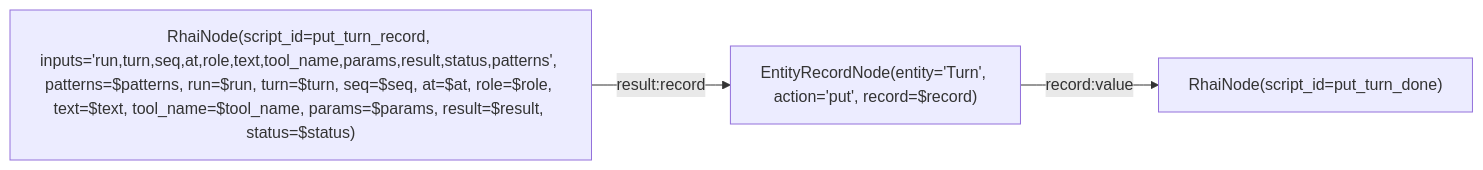
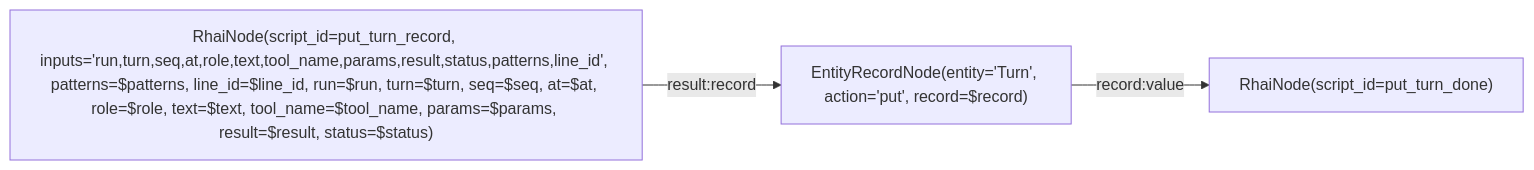
Before and after one commit to L-Defraiteur/rag3db: the diagram in extension/rag3weaver/templates/backends/memory/graphs/put_turn.mmd, drawn with Mermaid. The commit also changed 3 other files, not shown here.

Commit message:
feat(rag3weaver,memoire): Turn déclare le signal vectoriel par défaut, et put_turn garde l'id de la ligne de boîte (line_id), rendu par list_turns et search_turns — le rappel automatique cherche les tours résumés par les mots et par le sens, et un tour rappelé renvoie à sa ligne

```diff
--- a/extension/rag3weaver/templates/backends/memory/graphs/put_turn.mmd
+++ b/extension/rag3weaver/templates/backends/memory/graphs/put_turn.mmd
@@ -1,22 +1,23 @@
 %% tool: put_turn
 %% description: Stores one message of a run as a Turn row (the L0 of the archiviste, 18 November 2026): one row per (run, turn, seq), append-only — written again identical, it stays one row and says written false; different, it is refused. Secrets are masked in the text, the params and the result before anything is stored; a tool call's params are bounded at 4000 characters and its result at 8000, the original size said. Returns {written, masked, cut}.
 %% param: run string! -- The run: « <chat>:<backend_id> » for a chat, « <task>:<parent> » for a task.
 %% param: turn int! -- The turn number, from 1.
 %% param: seq int! -- The message number in the turn; 0 is the user message.
 %% param: at string! -- When it was said, ISO 8601.
 %% param: role string! -- user, assistant or tool.
 %% param: text string = "" -- The message.
 %% param: tool_name string = "" -- role tool: the tool called.
 %% param: params string = "" -- role tool: its arguments, as sent.
 %% param: result string = "" -- role tool: its result, as received.
 %% param: status string = "ok" -- ok, error, refused or interrupted.
+%% param: line_id string = "" -- The id of the mailbox line the message came from (a task's conversation), given back by list_turns and search_turns; empty: none.
 %% param: patterns json = [{"name": "anthropic key", "kind": "prefix", "prefix": "sk-ant-", "min_body": 20}, {"name": "openai project key", "kind": "prefix", "prefix": "sk-proj-", "min_body": 20}, {"name": "openai key", "kind": "prefix", "prefix": "sk-", "min_body": 20}, {"name": "github token", "kind": "prefix", "prefix": "github_pat_", "min_body": 30}, {"name": "github token", "kind": "prefix", "prefix": "ghp_", "min_body": 30}, {"name": "github token", "kind": "prefix", "prefix": "gho_", "min_body": 30}, {"name": "github token", "kind": "prefix", "prefix": "ghu_", "min_body": 30}, {"name": "github token", "kind": "prefix", "prefix": "ghs_", "min_body": 30}, {"name": "github token", "kind": "prefix", "prefix": "ghr_", "min_body": 30}, {"name": "gitlab token", "kind": "prefix", "prefix": "glpat-", "min_body": 20}, {"name": "slack token", "kind": "prefix", "prefix": "xoxb-", "min_body": 20}, {"name": "slack token", "kind": "prefix", "prefix": "xoxp-", "min_body": 20}, {"name": "slack token", "kind": "prefix", "prefix": "xoxa-", "min_body": 20}, {"name": "slack token", "kind": "prefix", "prefix": "xapp-", "min_body": 20}, {"name": "hugging face token", "kind": "prefix", "prefix": "hf_", "min_body": 30}, {"name": "google api key", "kind": "prefix", "prefix": "AIza", "min_body": 30}, {"name": "aws key", "kind": "prefix", "prefix": "AKIA", "min_body": 16}, {"name": "aws key", "kind": "prefix", "prefix": "ASIA", "min_body": 16}, {"name": "google oauth token", "kind": "prefix", "prefix": "ya29.", "min_body": 30}, {"name": "bearer token", "kind": "bearer", "min_body": 16}, {"name": "private key", "kind": "pem"}] -- The secret patterns masked before anything is stored: {name, kind: prefix, prefix, min_body} (a prefix at the start of a word, then a body of at least min_body characters), {name, kind: bearer, min_body}, {name, kind: pem}. Each mask says its name; the first declared pattern that matches wins (a longer prefix before a shorter one).
 %% param: record json = {} -- Reserved: the row is composed from the other parameters.
 %% result: done.result
 
 graph LR
-    compose["RhaiNode(script_id=put_turn_record, inputs='run,turn,seq,at,role,text,tool_name,params,result,status,patterns', patterns=$patterns, run=$run, turn=$turn, seq=$seq, at=$at, role=$role, text=$text, tool_name=$tool_name, params=$params, result=$result, status=$status)"]
+    compose["RhaiNode(script_id=put_turn_record, inputs='run,turn,seq,at,role,text,tool_name,params,result,status,patterns,line_id', patterns=$patterns, line_id=$line_id, run=$run, turn=$turn, seq=$seq, at=$at, role=$role, text=$text, tool_name=$tool_name, params=$params, result=$result, status=$status)"]
     write["EntityRecordNode(entity='Turn', action='put', record=$record)"]
     done["RhaiNode(script_id=put_turn_done)"]
     compose -->|result:record| write
     write -->|record:value| done
```
